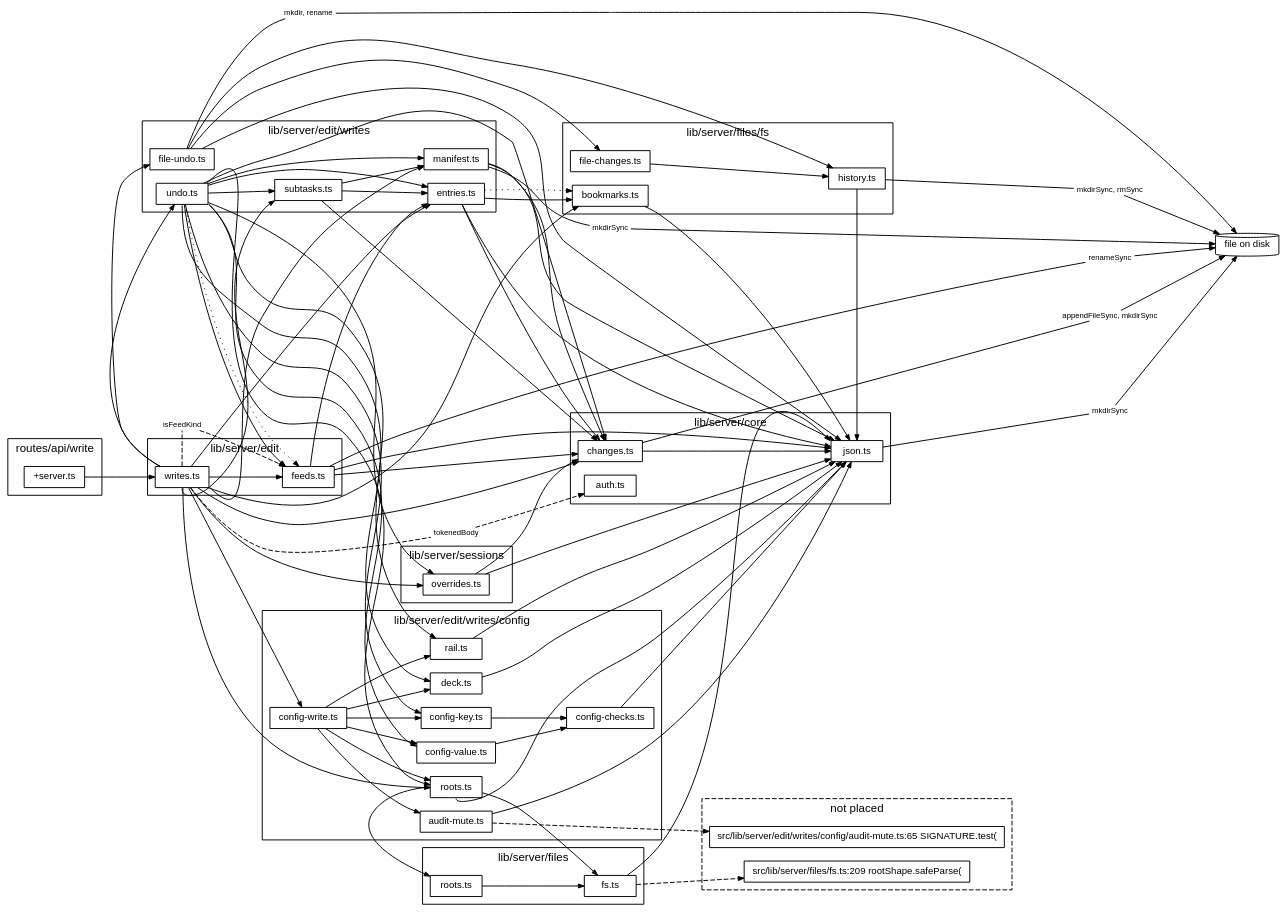
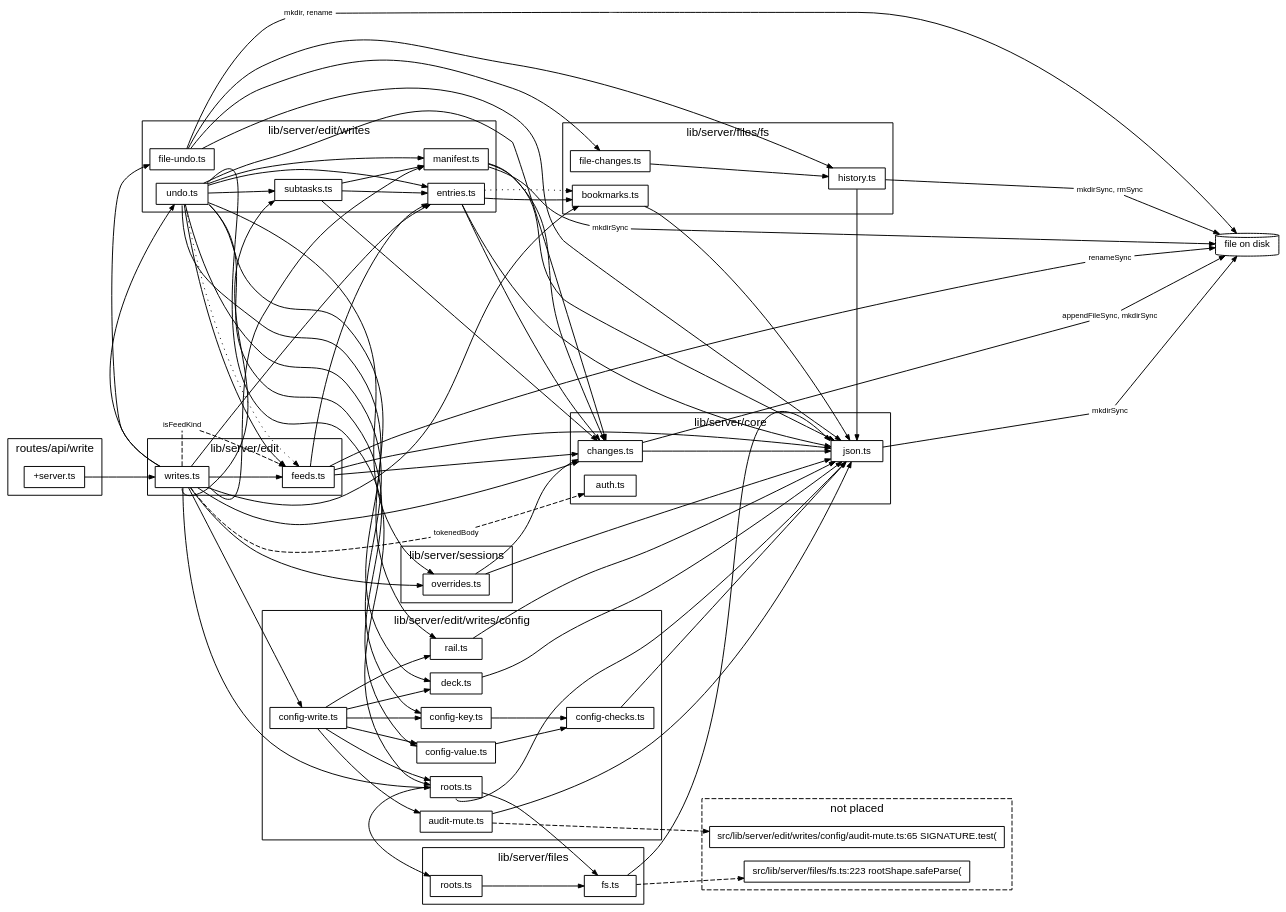
The diagram in docs/diagrams/writes.dot (TheAxeC/oculus), drawn with Graphviz before and after one commit. The commit also changed 63 other files, not shown here.

```diff
--- a/docs/diagrams/writes.dot
+++ b/docs/diagrams/writes.dot
@@ -54,7 +54,7 @@
     subgraph "cluster_lost" {
         label="not placed"; style=dashed;
         "? src/lib/server/edit/writes/config/audit-mute.ts:65" [label="src/lib/server/edit/writes/config/audit-mute.ts:65 SIGNATURE.test("];
-        "? src/lib/server/files/fs.ts:209" [label="src/lib/server/files/fs.ts:209 rootShape.safeParse("];
+        "? src/lib/server/files/fs.ts:223" [label="src/lib/server/files/fs.ts:223 rootShape.safeParse("];
     }
     "file on disk" [shape=cylinder];
     "lib/server/core/changes.ts to file on disk (calls)" [label="appendFileSync, mkdirSync", shape=box, color="transparent", fontsize=8, width=0, height=0, margin="0.04,0.02"];
@@ -145,7 +145,7 @@
     "lib/server/edit/writes/undo.ts" -> "lib/server/edit/writes/subtasks.ts" [tooltip="hostStatus, restoreSubtask, subtaskValue
 writeHost, writeSubtask, writeSubtaskAdd"];
     "lib/server/edit/writes/undo.ts" -> "lib/server/sessions/overrides.ts" [tooltip="overrides, setFlag, setOverride"];
-    "lib/server/files/fs.ts" -> "? src/lib/server/files/fs.ts:209" [style=dashed];
+    "lib/server/files/fs.ts" -> "? src/lib/server/files/fs.ts:223" [style=dashed];
     "lib/server/files/fs.ts" -> "lib/server/core/json.ts" [headport=nw, tooltip="readJson"];
     "lib/server/files/fs/bookmarks.ts" -> "lib/server/core/json.ts" [tooltip="writeTextAtomic"];
     "lib/server/files/fs/file-changes.ts" -> "lib/server/files/fs/history.ts" [tooltip="keepCopy"];
@@ -155,6 +155,6 @@
     "lib/server/files/fs/history.ts" -> "lib/server/core/json.ts" [tooltip="writeBytesAtomic, writeTextAtomic"];
     "lib/server/files/roots.ts" -> "lib/server/files/fs.ts" [tooltip="defaultWorkspacesPath, readSaved"];
     "lib/server/sessions/overrides.ts" -> "lib/server/core/changes.ts" [tooltip="plain"];
-    "lib/server/sessions/overrides.ts" -> "lib/server/core/json.ts" [tooltip="readJson, writeJsonAtomic"];
+    "lib/server/sessions/overrides.ts" -> "lib/server/core/json.ts" [tooltip="readJson, readJsonChecked, writeJsonAtomic"];
     "routes/api/write/+server.ts" -> "lib/server/edit/writes.ts" [tooltip="handleWrite, target"];
 }
```
